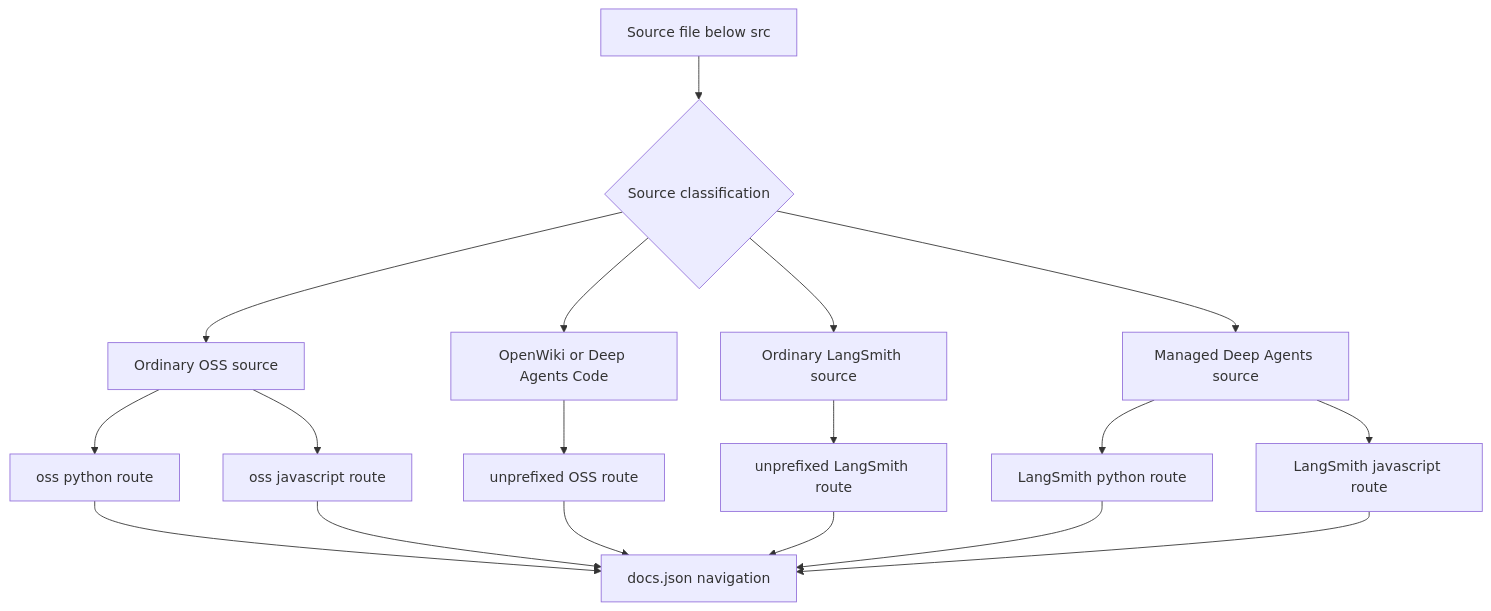
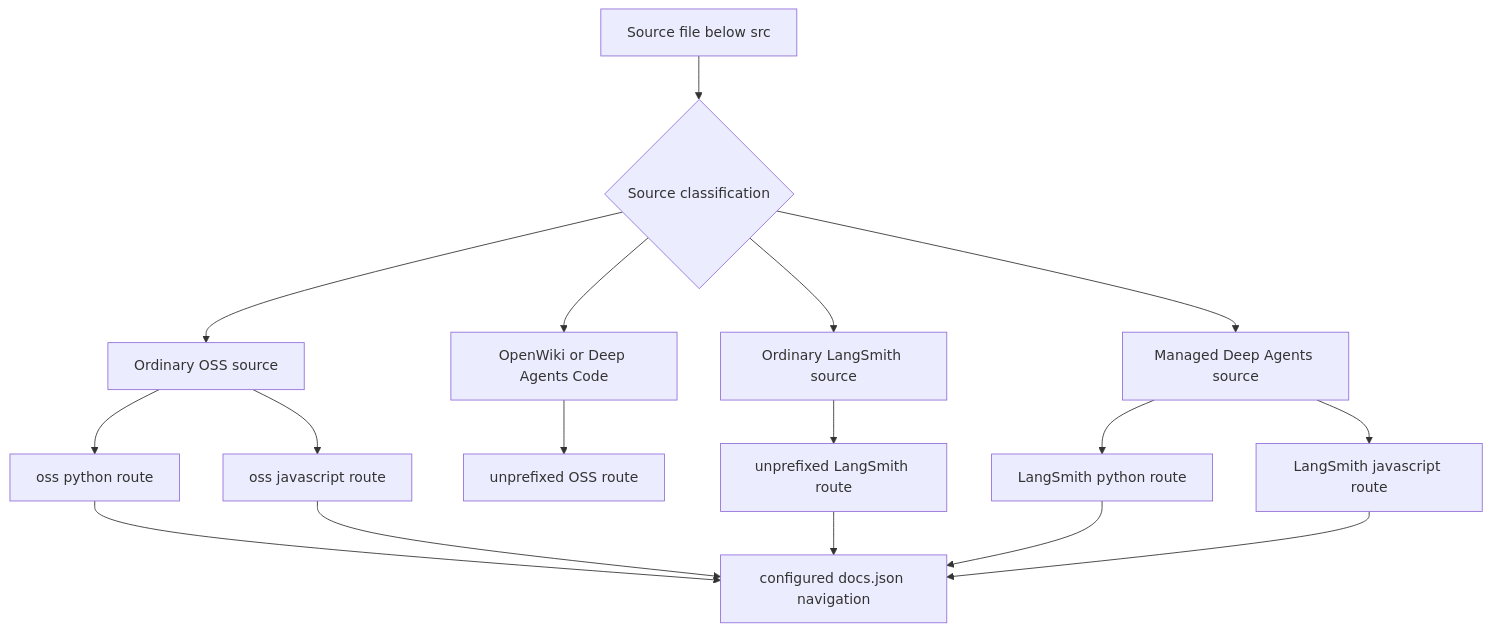
Before and after one commit to langchain-ai/docs: the first of 4 diagrams in openwiki/concepts/versioning.md, drawn with Mermaid. The commit also changed other lines of this file and 37 other files, not shown here.

````diff
--- a/openwiki/concepts/versioning.md
+++ b/openwiki/concepts/versioning.md
@@ -59,20 +61,19 @@
 ```mermaid
 flowchart TD
     Source["Source file below src"] --> Domain{"Source classification"}
     Domain --> SharedOss["Ordinary OSS source"]
     SharedOss --> OssPy["oss python route"]
     SharedOss --> OssJs["oss javascript route"]
     Domain --> Product["OpenWiki or Deep Agents Code"]
     Product --> OneOss["unprefixed OSS route"]
     Domain --> LangSmith["Ordinary LangSmith source"]
     LangSmith --> OneSmith["unprefixed LangSmith route"]
     Domain --> Managed["Managed Deep Agents source"]
     Managed --> ManagedPy["LangSmith python route"]
     Managed --> ManagedJs["LangSmith javascript route"]
-    OssPy --> Nav["docs.json navigation"]
+    OssPy --> Nav["configured docs.json navigation"]
     OssJs --> Nav
-    OneOss --> Nav
     OneSmith --> Nav
     ManagedPy --> Nav
     ManagedJs --> Nav
 ```
````
